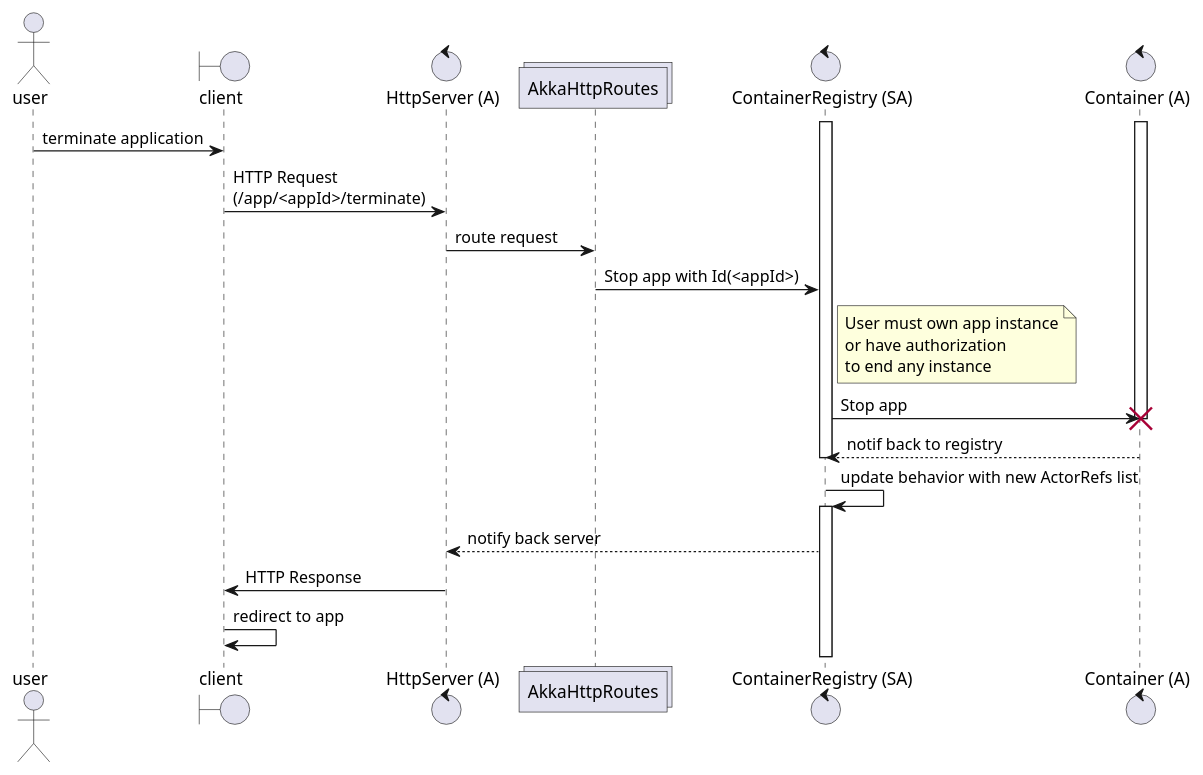
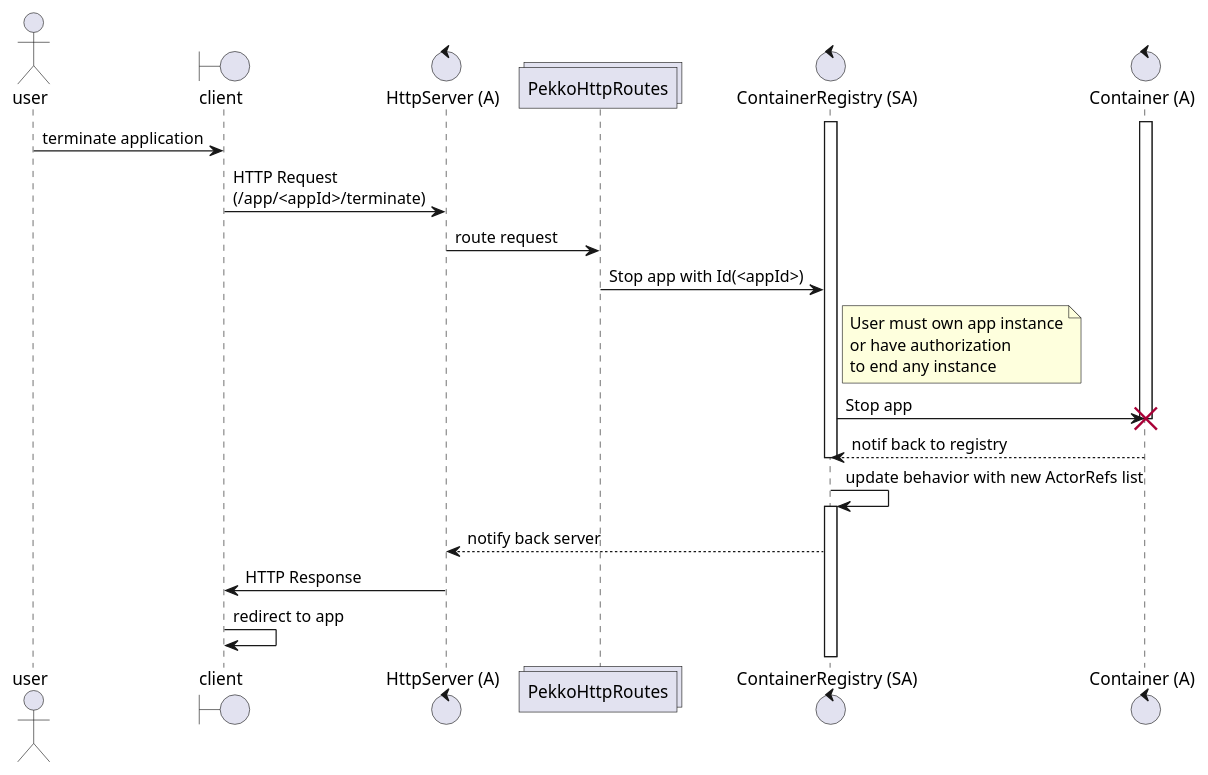
The third of 3 diagrams in packages/fusion-arch-doc/src/process/emby-life-cycle.puml (ormi-org/agamis-fusion), drawn with PlantUML before and after one commit. The commit also changed other lines of this file and 49 other files, not shown here.

Commit message:
refactor[36] : Migrate from Akka 2.7 to Pekko 1.0 ~ Successful migration ~ devenv: remove Insomnia & add Bruno ~ devenv: container: add extensions & add binding for arch Xauthority ~ update doc + init Bruno collection

```diff
--- a/packages/fusion-arch-doc/src/process/emby-life-cycle.puml
+++ b/packages/fusion-arch-doc/src/process/emby-life-cycle.puml
@@ -71,26 +71,26 @@
 @startuml emby-terminate
 actor user
 boundary client
 control "HttpServer (A)" as server
-collections AkkaHttpRoutes as routes
+collections PekkoHttpRoutes as routes
 control "ContainerRegistry (SA)" as reg
 control "Container (A)" as app
 
 activate app
 activate reg
 
 user -> client : terminate application
 client -> server : HTTP Request\n(/app/<appId>/terminate)
 server -> routes : route request
 routes -> reg : Stop app with Id(<appId>)
 note right of reg : User must own app instance\nor have authorization\nto end any instance
 reg -> app : Stop app
 destroy app
 reg <-- app : notif back to registry
 deactivate reg
 reg -> reg : update behavior with new ActorRefs list
 activate reg
 server <-- reg : notify back server
 client <- server : HTTP Response
 client -> client : redirect to app
 @enduml
```
